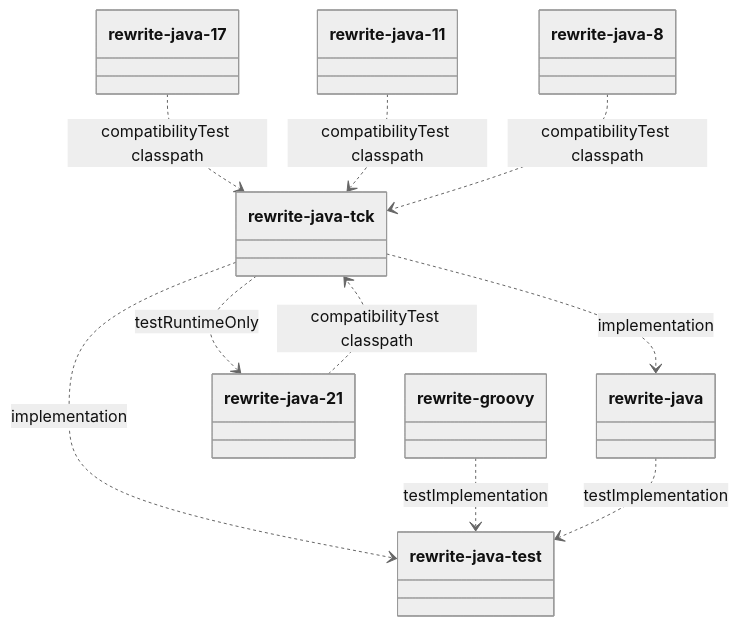
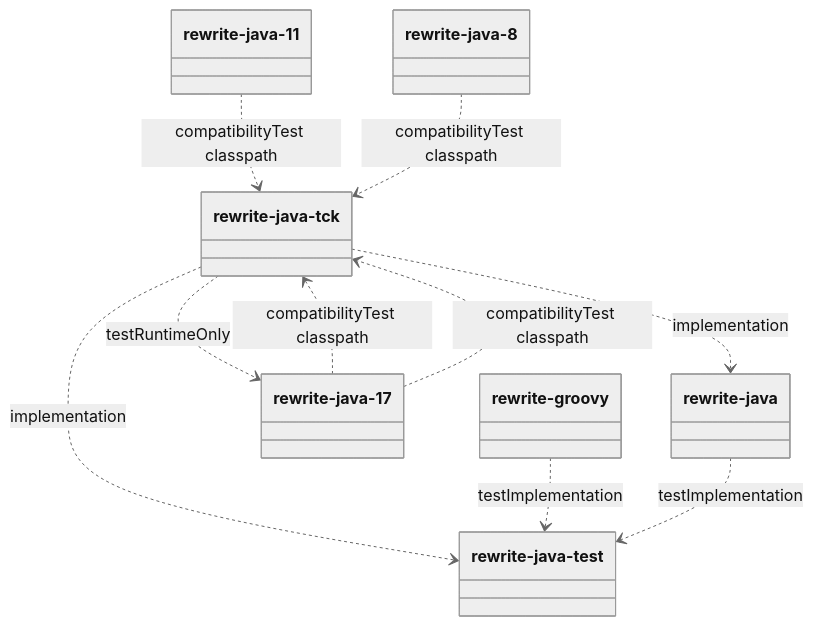
The diagram in rewrite-java-tck/README.md (openrewrite/rewrite), drawn with Mermaid (neutral theme) before and after one commit. The commit also changed other lines of this file and 14 other files, not shown here.

````diff
--- a/rewrite-java-tck/README.md
+++ b/rewrite-java-tck/README.md
@@ -9,12 +9,12 @@
 ```mermaid
 classDiagram
 `rewrite-java-tck` ..> `rewrite-java`: implementation
 `rewrite-java-tck` ..> `rewrite-java-test`: implementation
-`rewrite-java-21` ..> `rewrite-java-tck` : compatibilityTest classpath
+`rewrite-java-17` ..> `rewrite-java-tck` : compatibilityTest classpath
 `rewrite-java-17` ..> `rewrite-java-tck` : compatibilityTest classpath
 `rewrite-java-11` ..> `rewrite-java-tck` : compatibilityTest classpath
 `rewrite-java-8` ..> `rewrite-java-tck` : compatibilityTest classpath
 `rewrite-groovy` ..> `rewrite-java-test` : testImplementation
 `rewrite-java` ..> `rewrite-java-test` : testImplementation
-`rewrite-java-tck` ..> `rewrite-java-21`: testRuntimeOnly
+`rewrite-java-tck` ..> `rewrite-java-17`: testRuntimeOnly
 ```
````
